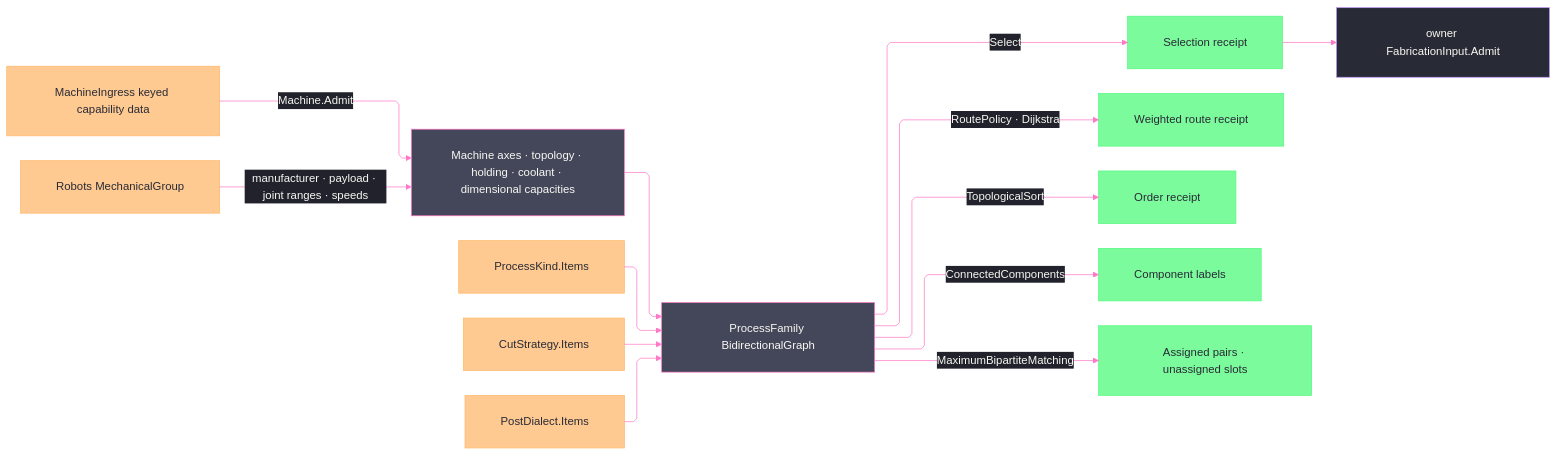
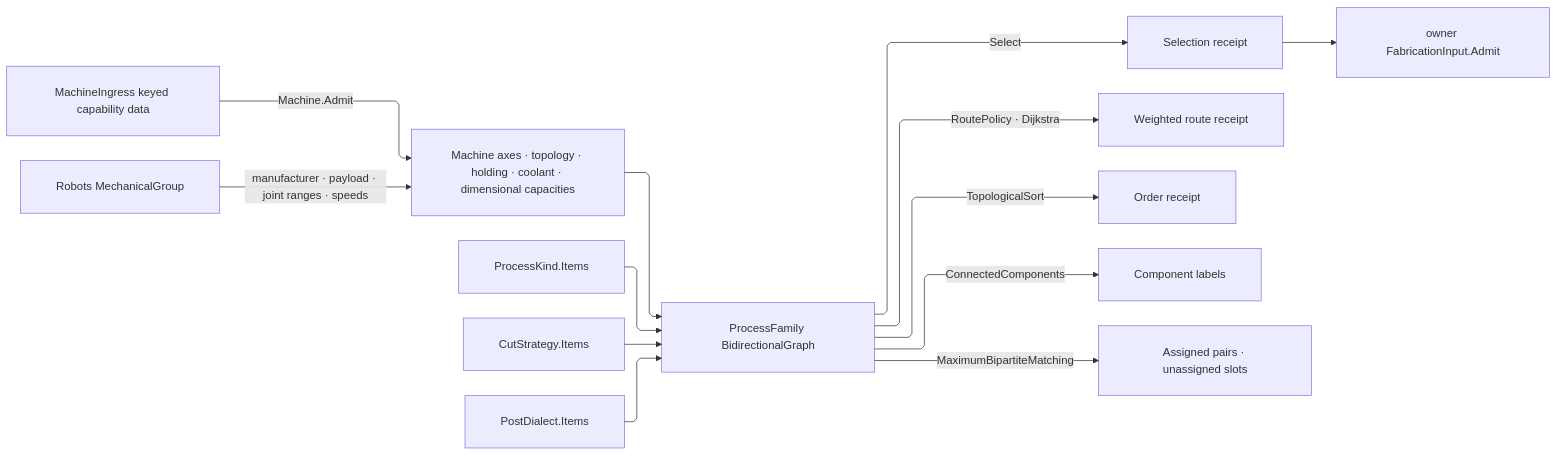
The diagram in libs/csharp/Rasm.Fabrication/.planning/Process/family.md (bsamiee/Rasm), drawn with Mermaid before and after one commit. The commit also changed 324 other files, not shown here.

````diff
--- a/libs/csharp/Rasm.Fabrication/.planning/Process/family.md
+++ b/libs/csharp/Rasm.Fabrication/.planning/Process/family.md
@@ -1245,48 +1245,24 @@
 ```mermaid
 ---
 config:
-  theme: base
-  look: classic
   layout: elk
   flowchart:
     curve: linear
     padding: 25
-  themeVariables:
-    darkMode: true
-    fontFamily: "SF Mono, Menlo, Cascadia Mono, Segoe UI Mono, Consolas, monospace"
-    useGradient: false
-    dropShadow: "none"
-    background: "#282A36"
-    primaryColor: "#44475A"
-    primaryTextColor: "#F8F8F2"
-    primaryBorderColor: "#BD93F9"
-    lineColor: "#FF79C6"
-    textColor: "#F8F8F2"
-    edgeLabelBackground: "#21222C"
-    labelBackgroundColor: "#21222C"
-  themeCSS: ".nodeLabel{font-size:13px;font-weight:500}.edgeLabel{font-size:12px;font-weight:500}.cluster-label .nodeLabel{font-size:13.5px;font-weight:700;letter-spacing:.08em}.edge-thickness-normal{stroke-width:2px}.edge-thickness-thick{stroke-width:3px}.edge-pattern-dashed,.edge-pattern-dotted{stroke-width:1.5px;stroke-dasharray:4 6}.node rect,.node circle,.node polygon,.node path,.node .outer-path{stroke-width:1.5px;filter:none!important}.cluster rect{stroke-width:1px!important;stroke-dasharray:5 4!important;filter:none!important}.marker path{transform:scale(.8);transform-origin:5px 5px}.marker circle{transform:scale(.48);transform-origin:5px 5px}.edgeLabel rect{transform-box:fill-box;transform-origin:center;transform:scale(1.1,1.2)}"
 ---
 flowchart LR
     accTitle: Fabrication process-family relations
     accDescr: Bounded process axes and admitted runtime machines fold into one graph that serves selection, reachability, ordering, connected-family inspection, and fleet matching.
     Seeds["MachineIngress keyed capability data"] -->|Machine.Admit| Machine["Machine axes · topology · holding · coolant · dimensional capacities"]
     Mechanical["Robots MechanicalGroup"] -->|manufacturer · payload · joint ranges · speeds| Machine
     Process["ProcessKind.Items"] --> Graph["ProcessFamily BidirectionalGraph"]
     Strategy["CutStrategy.Items"] --> Graph
     Dialect["PostDialect.Items"] --> Graph
     Machine --> Graph
     Graph -->|Select| Selection["Selection receipt"]
     Graph -->|RoutePolicy · Dijkstra| Route["Weighted route receipt"]
     Graph -->|TopologicalSort| Order["Order receipt"]
     Graph -->|ConnectedComponents| Components["Component labels"]
     Graph -->|MaximumBipartiteMatching| Allocation["Assigned pairs · unassigned slots"]
     Selection --> Fabrication["owner FabricationInput.Admit"]
-    classDef primary fill:#44475A,stroke:#FF79C6,color:#F8F8F2
-    classDef success fill:#50FA7BBF,stroke:#50FA7B,color:#282A36
-    classDef data fill:#FFB86CBF,stroke:#FFB86C,color:#282A36
-    classDef boundary fill:#282A36,stroke:#BD93F9,color:#F8F8F2
-    class Machine,Graph primary
-    class Selection,Route,Order,Components,Allocation success
-    class Seeds,Mechanical,Process,Strategy,Dialect data
-    class Fabrication boundary
 ```
````
